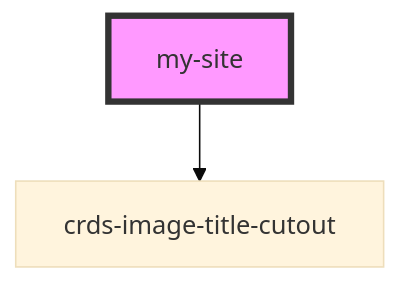
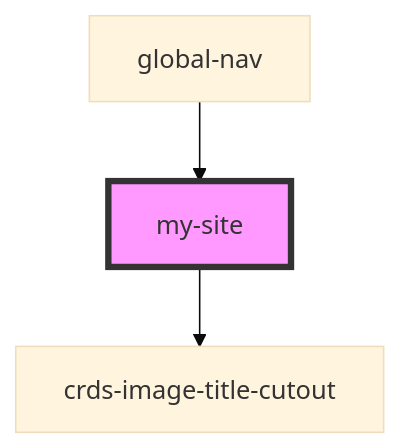
The diagram in src/components/crds-shared-header/profile-nav/my-site/readme.md (dholloran-ample/visual-regression-testing-IP), drawn with Mermaid (base theme) before and after one commit. The commit also changed other lines of this file and 18 other files, not shown here.

````diff
--- a/src/components/crds-shared-header/profile-nav/my-site/readme.md
+++ b/src/components/crds-shared-header/profile-nav/my-site/readme.md
@@ -22,5 +19,6 @@
 ```mermaid
 graph TD;
   my-site --> crds-image-title-cutout
+  global-nav --> my-site
   style my-site fill:#f9f,stroke:#333,stroke-width:4px
 ```
````
